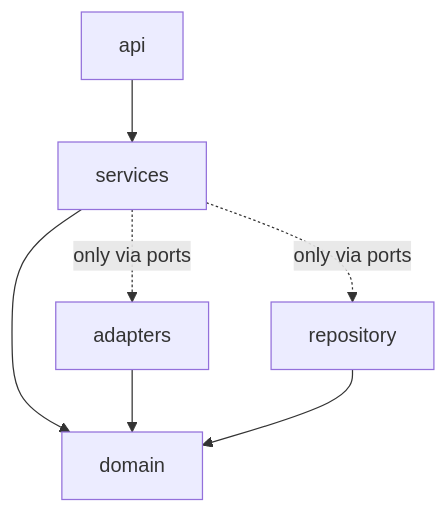
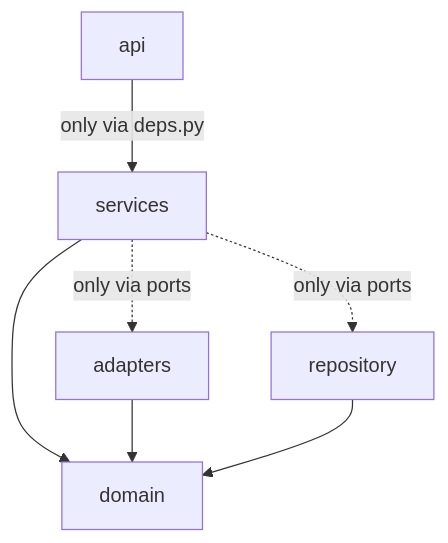
One commit to hadifar/rag changed the second of 4 diagrams in docs/architecture.md. Above: the diagram before and after it, drawn with Mermaid. The commit also changed other lines of this file and 2 other files, not shown here.

````diff
--- a/docs/architecture.md
+++ b/docs/architecture.md
@@ -47,15 +47,15 @@
 ```mermaid
 graph TD
     api[api]
     services[services]
     domain[domain]
     adapters[adapters]
     repository[repository]
 
-    api --> services
+    api --> | only via deps.py | services
     services --> domain
     services -.->|only via ports| adapters
     services -.->|only via ports| repository
     adapters --> domain
     repository --> domain
 ```
````
